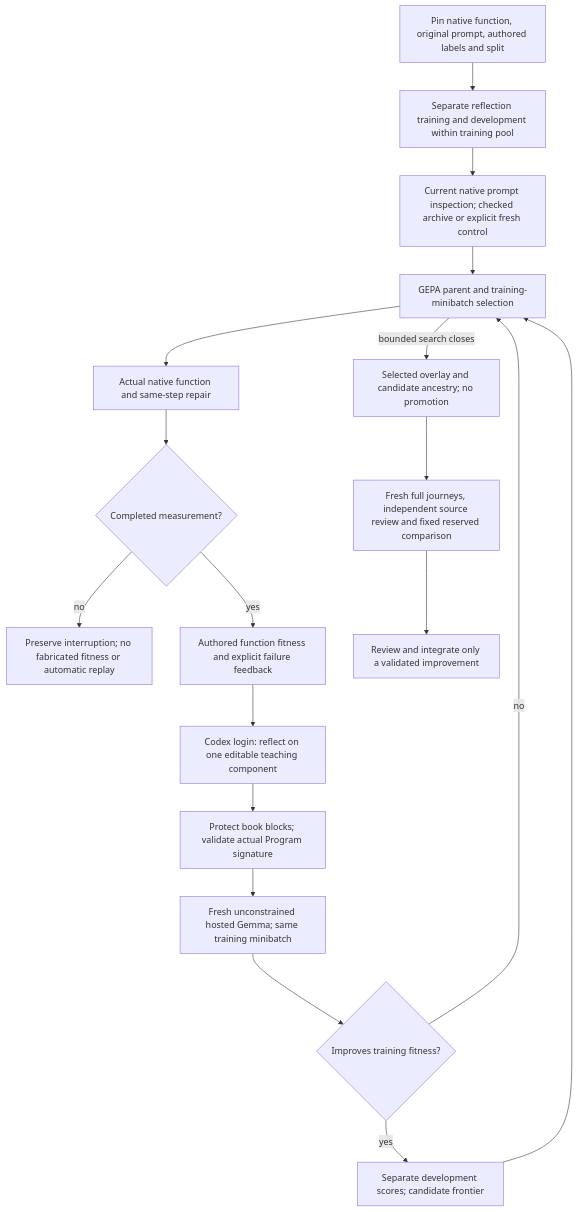
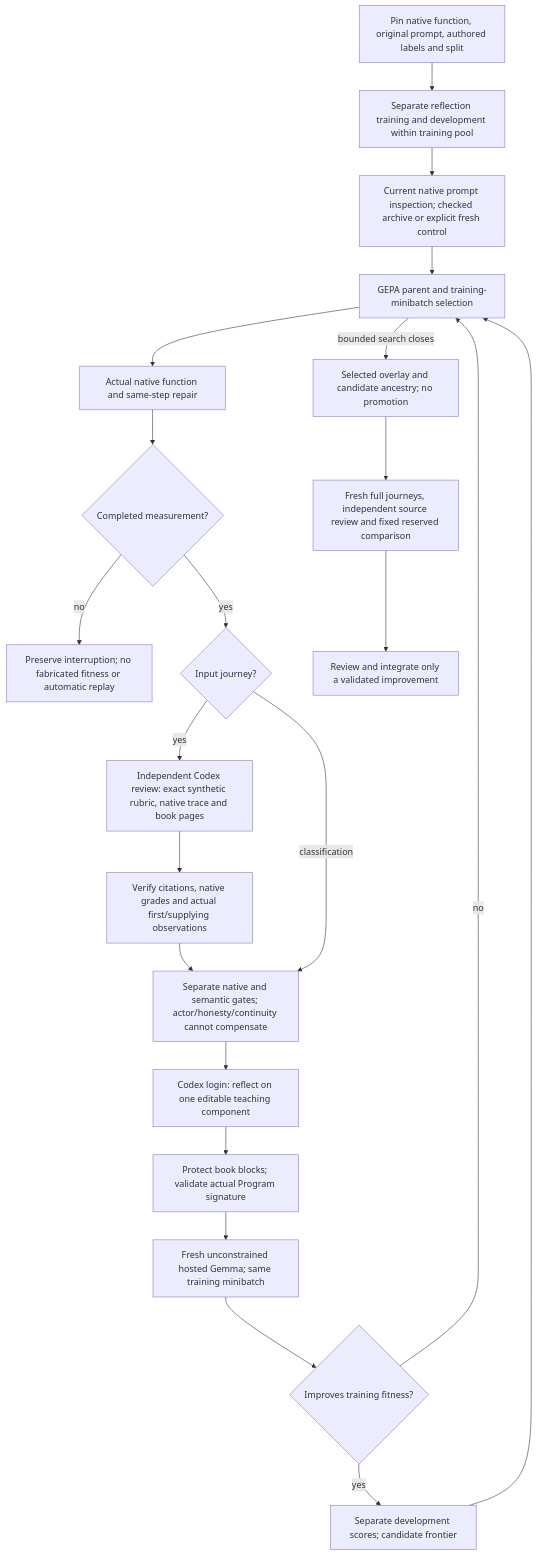
Before and after one commit to delysis/horary-web: the first of 2 diagrams in docs/PROMPT_OPTIMIZATION.md, drawn with Mermaid. The commit also changed other lines of this file and 12 other files, not shown here.

Commit message:
Add bounded GEPA input-journey optimization and source-cited reviews

```diff
--- a/docs/PROMPT_OPTIMIZATION.md
+++ b/docs/PROMPT_OPTIMIZATION.md
@@ -39,20 +43,24 @@
 ~~~mermaid
 flowchart TD
   A["Pin native function, original prompt, authored labels and split"] --> B["Separate reflection training and development within training pool"]
   B --> C["Current native prompt inspection; checked archive or explicit fresh control"]
   C --> D["GEPA parent and training-minibatch selection"]
   D --> E["Actual native function and same-step repair"]
   E --> F{"Completed measurement?"}
   F -->|no| X["Preserve interruption; no fabricated fitness or automatic replay"]
-  F -->|yes| G["Authored function fitness and explicit failure feedback"]
+  F -->|yes| R{"Input journey?"}
+  R -->|yes| S["Independent Codex review: exact synthetic rubric, native trace and book pages"]
+  S --> T["Verify citations, native grades and actual first/supplying observations"]
+  T --> G["Separate native and semantic gates; actor/honesty/continuity cannot compensate"]
+  R -->|classification| G
   G --> H["Codex login: reflect on one editable teaching component"]
   H --> I["Protect book blocks; validate actual Program signature"]
   I --> J["Fresh unconstrained hosted Gemma; same training minibatch"]
   J --> K{"Improves training fitness?"}
   K -->|no| D
   K -->|yes| L["Separate development scores; candidate frontier"]
   L --> D
   D -->|bounded search closes| M["Selected overlay and candidate ancestry; no promotion"]
   M --> N["Fresh full journeys, independent source review and fixed reserved comparison"]
   N --> O["Review and integrate only a validated improvement"]
 ~~~
```
